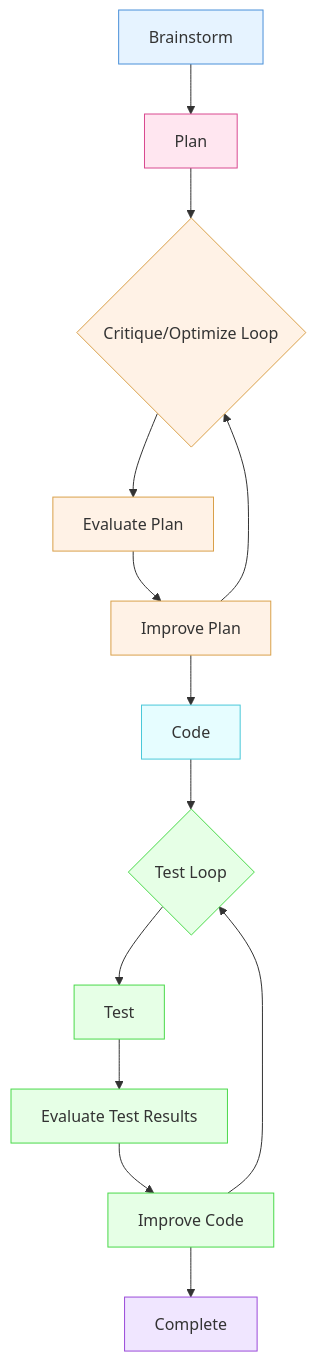
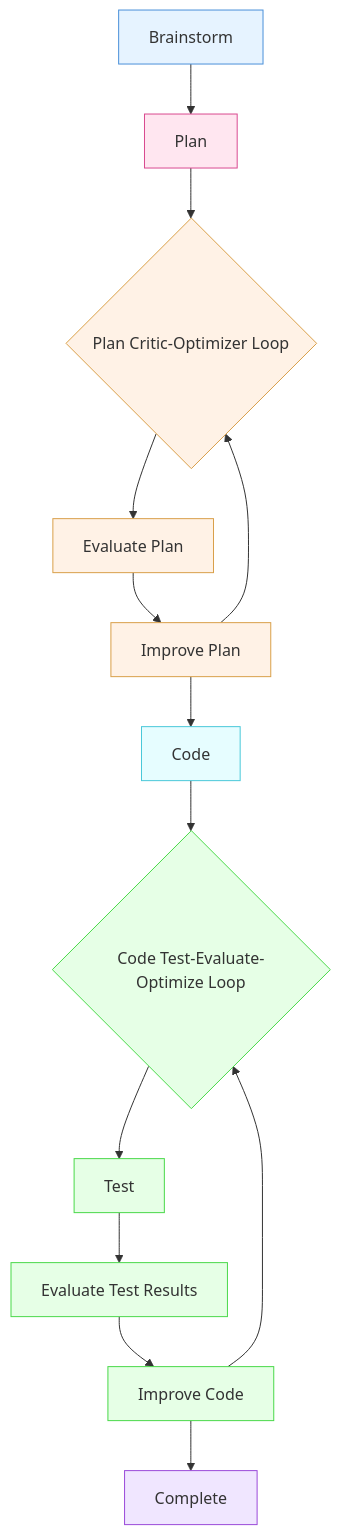
One commit to druce/druce.github.io changed the diagram in _posts/2026-02-17-claude_code.md. Above: the diagram before and after it, drawn with Mermaid. The commit also changed other lines of this file, not shown here.

Commit message:
claude code agents, security table

````diff
--- a/_posts/2026-02-17-claude_code.md
+++ b/_posts/2026-02-17-claude_code.md
@@ -138,27 +138,27 @@
 ```mermaid
 flowchart TD
     A[Brainstorm] --> B[Plan]
-    B --> C{Critique/Optimize Loop}
+    B --> C{Plan Critic-Optimizer Loop}
     C --> D[Evaluate Plan]
     D --> E[Improve Plan]
     E --> C
     E --> G[Code]
-    G --> H{Test Loop}
+    G --> H{Code Test-Evaluate-Optimize Loop}
     H --> I[Test]
     I --> J[Evaluate Test Results]
     J --> K[Improve Code]
     K --> H
     K --> L[Complete]
 
     style A fill:#e6f3ff,stroke:#4a90d9
     style B fill:#ffe6f0,stroke:#d94a90
     style C fill:#fff2e6,stroke:#d9a04a
     style D fill:#fff2e6,stroke:#d9a04a
     style E fill:#fff2e6,stroke:#d9a04a
     style G fill:#e6fdff,stroke:#4ac8d9
     style H fill:#e6ffe6,stroke:#4ad94a
     style I fill:#e6ffe6,stroke:#4ad94a
     style J fill:#e6ffe6,stroke:#4ad94a
     style K fill:#e6ffe6,stroke:#4ad94a
     style L fill:#f0e6ff,stroke:#9a4ad9
 ```
````
